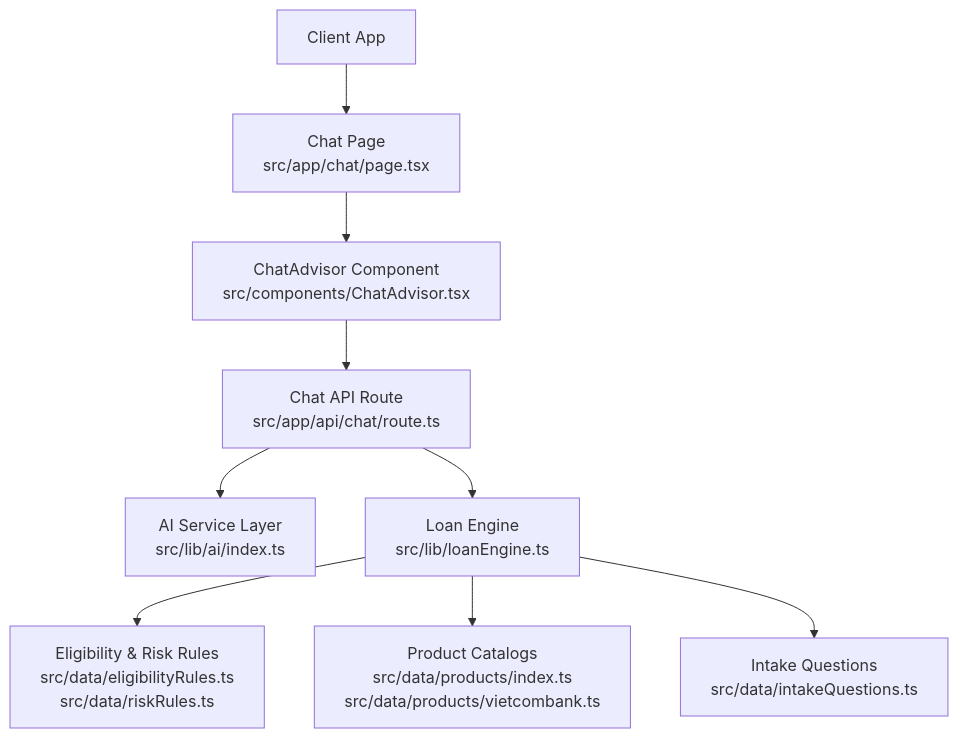
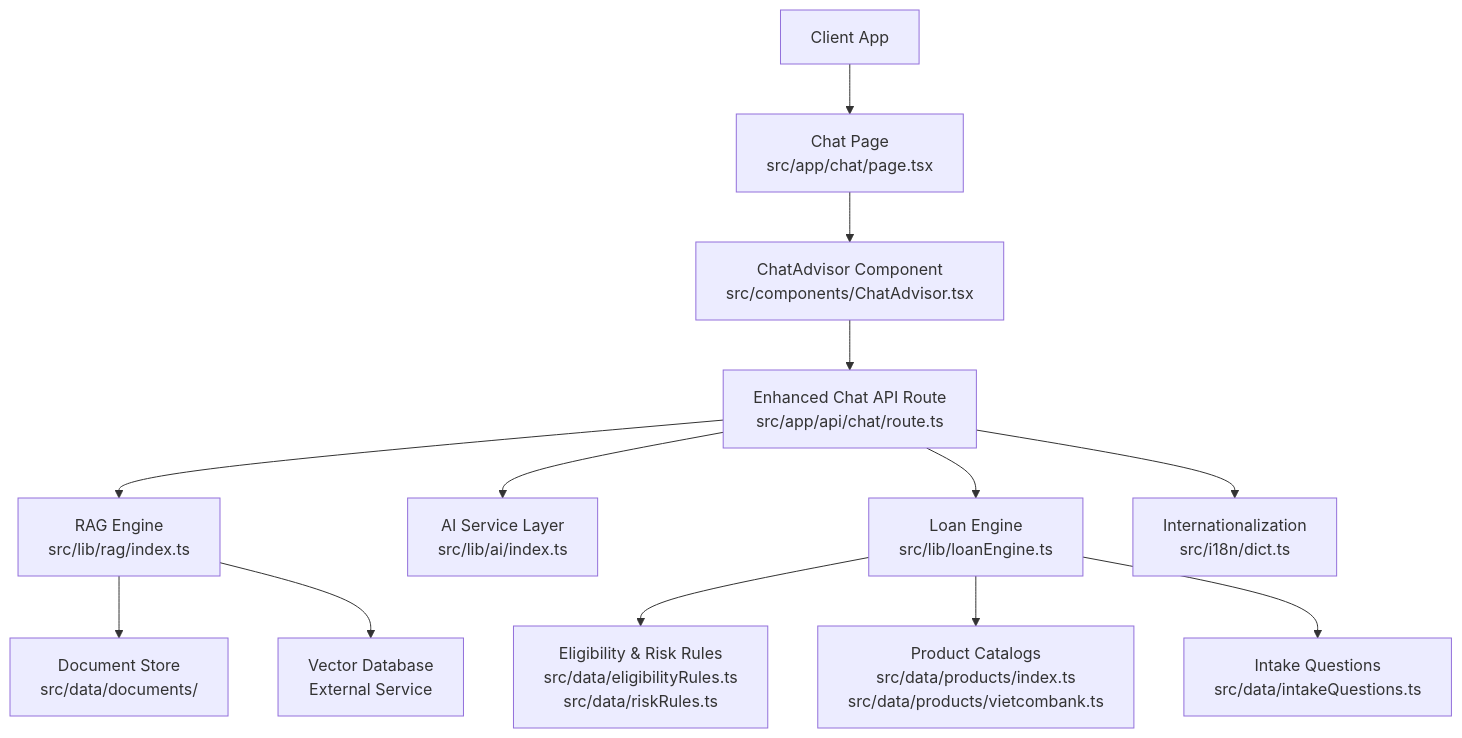
One commit to alibaba-hackathon-fsi/frontend-vaya changed the first of 4 diagrams in .qoder/repowiki/en/content/Chat Interface/Chat API Integration.md. Above: the diagram before and after it, drawn with Mermaid. The commit also changed other lines of this file and 36 other files, not shown here.

````diff
--- a/.qoder/repowiki/en/content/Chat Interface/Chat API Integration.md
+++ b/.qoder/repowiki/en/content/Chat Interface/Chat API Integration.md
@@ -35,11 +46,15 @@
 ```mermaid
 graph TB
 Client["Client App"] --> Page["Chat Page<br/>src/app/chat/page.tsx"]
 Page --> Component["ChatAdvisor Component<br/>src/components/ChatAdvisor.tsx"]
-Component --> API["Chat API Route<br/>src/app/api/chat/route.ts"]
+Component --> API["Enhanced Chat API Route<br/>src/app/api/chat/route.ts"]
+API --> RAG["RAG Engine<br/>src/lib/rag/index.ts"]
 API --> AI["AI Service Layer<br/>src/lib/ai/index.ts"]
 API --> Engine["Loan Engine<br/>src/lib/loanEngine.ts"]
+RAG --> Documents["Document Store<br/>src/data/documents/"]
+RAG --> VectorDB["Vector Database<br/>External Service"]
 Engine --> Rules["Eligibility & Risk Rules<br/>src/data/eligibilityRules.ts<br/>src/data/riskRules.ts"]
 Engine --> Products["Product Catalogs<br/>src/data/products/index.ts<br/>src/data/products/vietcombank.ts"]
 Engine --> Intake["Intake Questions<br/>src/data/intakeQuestions.ts"]
+API --> I18N["Internationalization<br/>src/i18n/dict.ts"]
 ```
````
